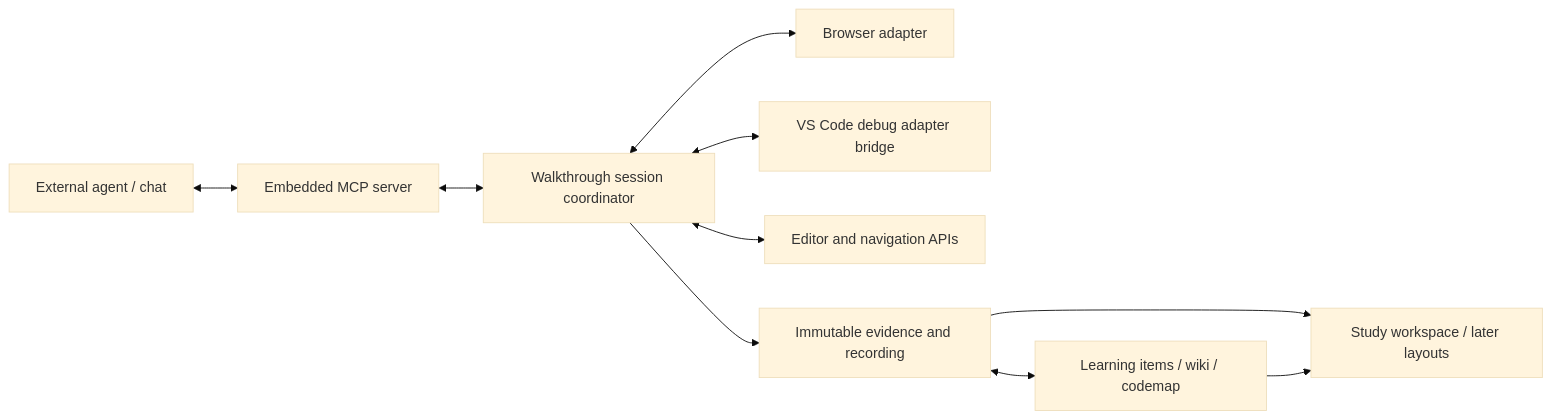
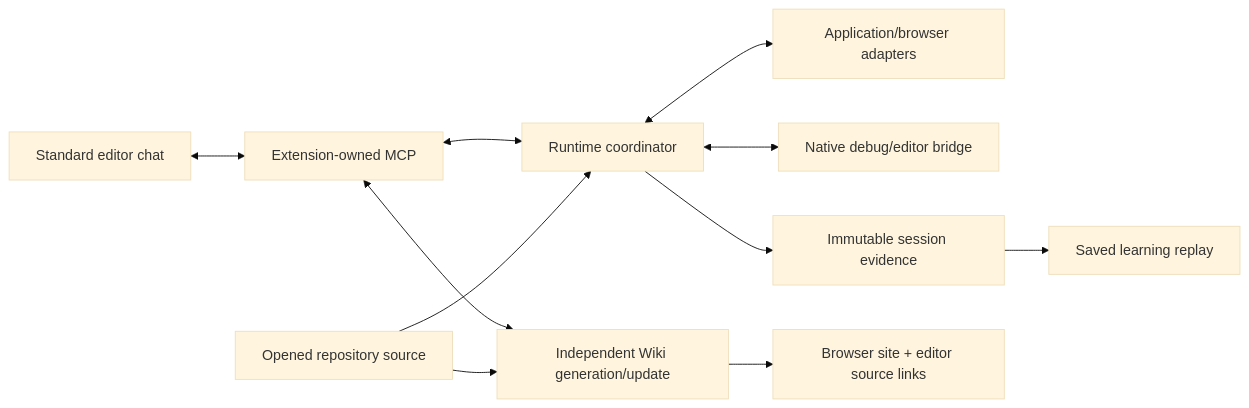
The diagram in docs/designs/codebook.md (laststance/codebook), drawn with Mermaid (base theme) before and after one commit. The commit also changed other lines of this file and 17 other files, not shown here.

Commit message:
docs: define replay and independent wiki product contracts

````diff
--- a/docs/designs/codebook.md
+++ b/docs/designs/codebook.md
@@ -34,12 +51,13 @@
 ```mermaid
 flowchart LR
-  Agent[External agent / chat] <--> MCP[Embedded MCP server]
-  MCP <--> Session[Walkthrough session coordinator]
-  Session <--> Browser[Browser adapter]
-  Session <--> Debug[VS Code debug adapter bridge]
-  Session <--> Editor[Editor and navigation APIs]
-  Session --> Evidence[Immutable evidence and recording]
-  Evidence <--> Learning[Learning items / wiki / codemap]
-  Evidence --> Views[Study workspace / later layouts]
-  Learning --> Views
+  Chat[Standard editor chat] <--> MCP[Extension-owned MCP]
+  MCP <--> Runtime[Runtime coordinator]
+  Runtime <--> App[Application/browser adapters]
+  Runtime <--> Debug[Native debug/editor bridge]
+  Runtime --> Evidence[Immutable session evidence]
+  Evidence --> Replay[Saved learning replay]
+  MCP <--> Wiki[Independent Wiki generation/update]
+  Repo[Opened repository source] --> Runtime
+  Repo --> Wiki
+  Wiki --> Site[Browser site + editor source links]
 ```
````
